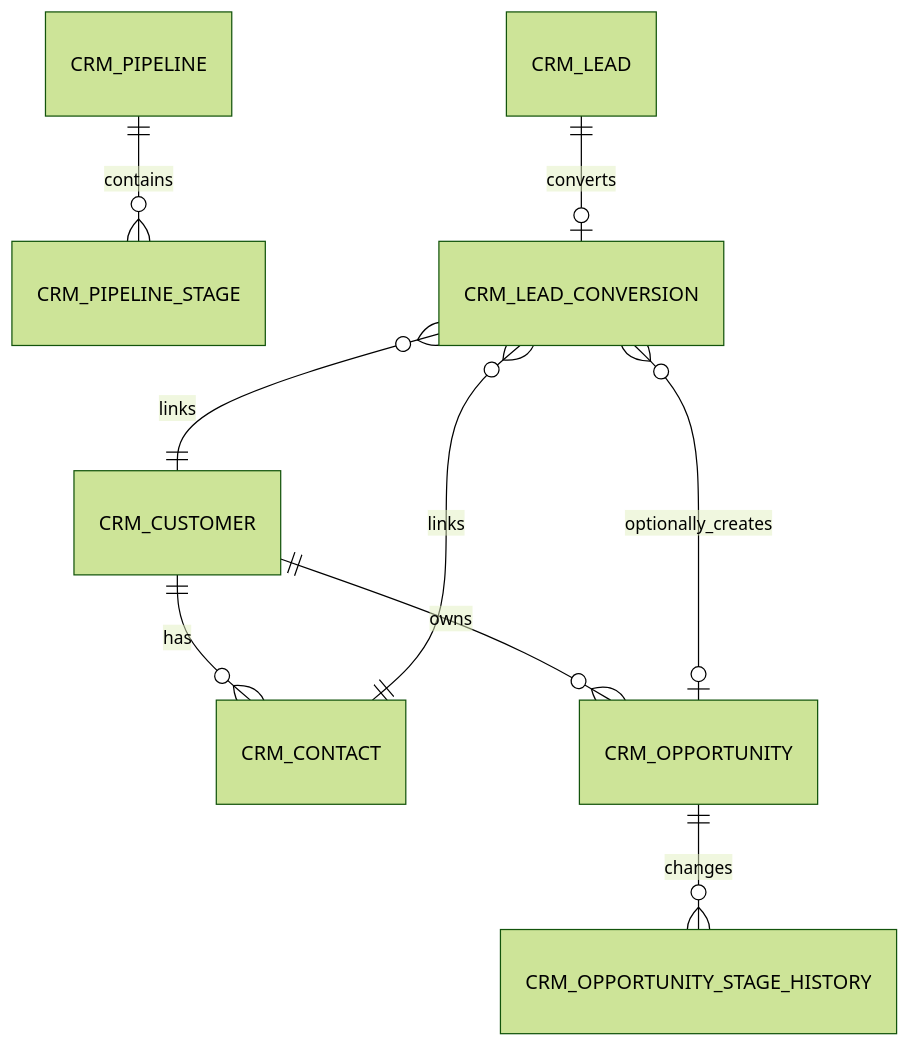
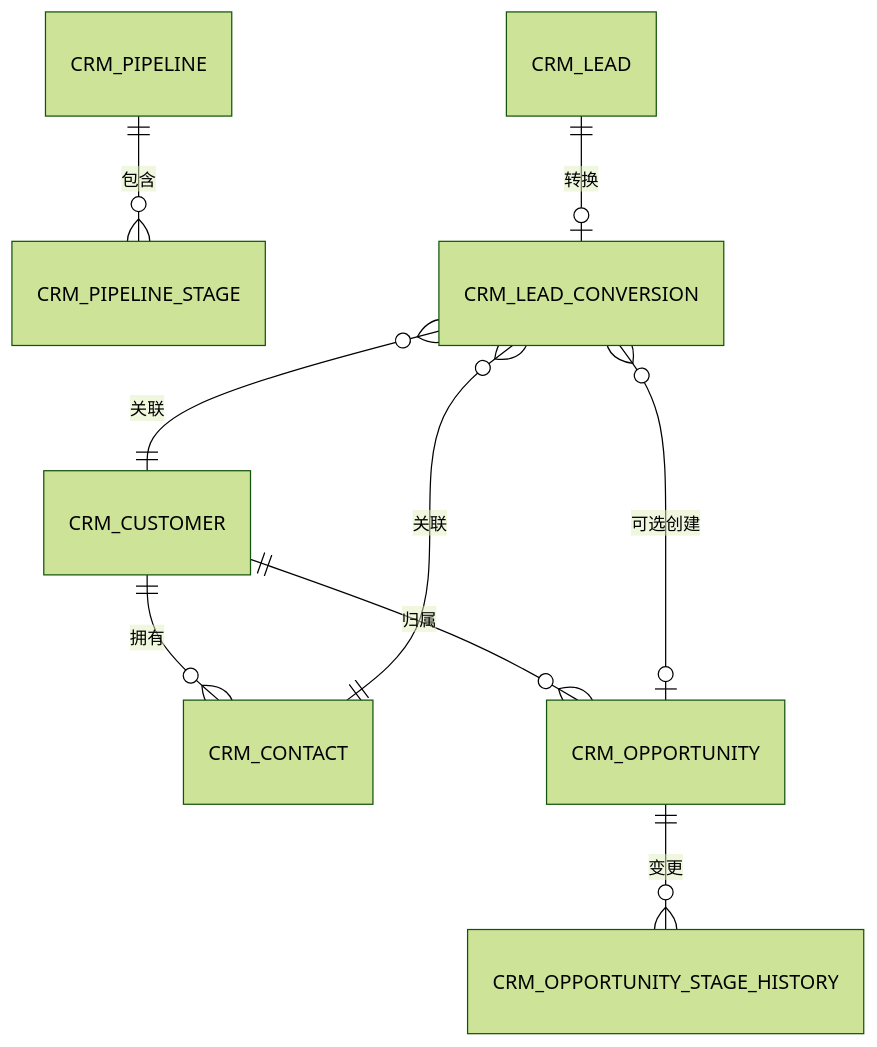
The diagram in docs/crm.md (wang-baohai/Omni-Stack), drawn with Mermaid (forest theme) before and after one commit. The commit also changed other lines of this file and 1095 other files, not shown here.

````diff
--- a/docs/crm.md
+++ b/docs/crm.md
@@ -40,11 +41,11 @@
 ```mermaid
 erDiagram
-    CRM_PIPELINE ||--o{ CRM_PIPELINE_STAGE : contains
-    CRM_LEAD ||--o| CRM_LEAD_CONVERSION : converts
-    CRM_CUSTOMER ||--o{ CRM_CONTACT : has
-    CRM_CUSTOMER ||--o{ CRM_OPPORTUNITY : owns
-    CRM_OPPORTUNITY ||--o{ CRM_OPPORTUNITY_STAGE_HISTORY : changes
-    CRM_LEAD_CONVERSION }o--|| CRM_CUSTOMER : links
-    CRM_LEAD_CONVERSION }o--|| CRM_CONTACT : links
-    CRM_LEAD_CONVERSION }o--o| CRM_OPPORTUNITY : optionally_creates
+    CRM_PIPELINE ||--o{ CRM_PIPELINE_STAGE : 包含
+    CRM_LEAD ||--o| CRM_LEAD_CONVERSION : 转换
+    CRM_CUSTOMER ||--o{ CRM_CONTACT : 拥有
+    CRM_CUSTOMER ||--o{ CRM_OPPORTUNITY : 归属
+    CRM_OPPORTUNITY ||--o{ CRM_OPPORTUNITY_STAGE_HISTORY : 变更
+    CRM_LEAD_CONVERSION }o--|| CRM_CUSTOMER : 关联
+    CRM_LEAD_CONVERSION }o--|| CRM_CONTACT : 关联
+    CRM_LEAD_CONVERSION }o--o| CRM_OPPORTUNITY : 可选创建
 ```
````
